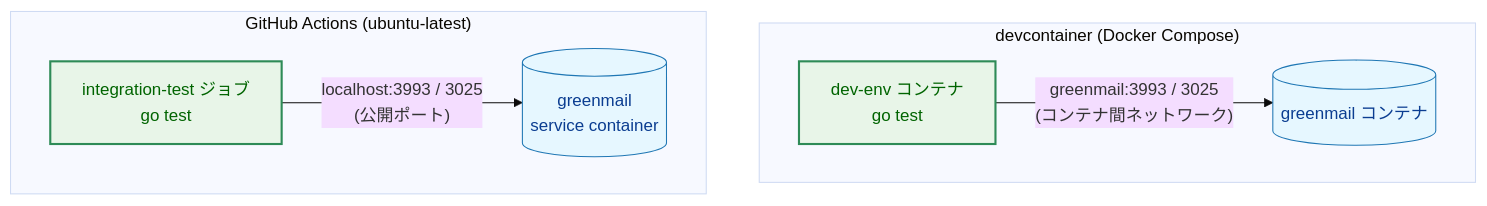
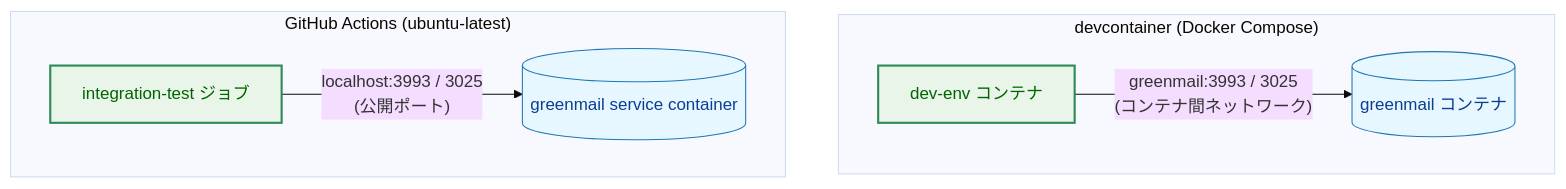
Before and after one commit to isseis/tlsrpt-digest: the fifth of 14 diagrams in docs/tasks/0090_imap_integration/02_architecture.md, drawn with Mermaid (base theme). The commit also changed other lines of this file, not shown here.

First line of the commit message:
docs(task 0090): refine architecture doc based on review feedback

````diff
--- a/docs/tasks/0090_imap_integration/02_architecture.md
+++ b/docs/tasks/0090_imap_integration/02_architecture.md
@@ -127,17 +127,17 @@
 ```mermaid
 flowchart TB
     classDef data fill:#e6f7ff,stroke:#1f77b4,stroke-width:1px,color:#0b3d91;
     classDef process fill:#fff1e6,stroke:#ff7f0e,stroke-width:1px,color:#8a3e00;
     classDef enhanced fill:#e8f5e8,stroke:#2e8b57,stroke-width:2px,color:#006400;
 
     subgraph devcontainer ["devcontainer (Docker Compose)"]
-        DEV["dev-env コンテナ<br>go test"] -->|"greenmail:3993 / 3025<br>(コンテナ間ネットワーク)"| GMD[("greenmail コンテナ")]
+        DEV["dev-env コンテナ"] -->|"greenmail:3993 / 3025<br>(コンテナ間ネットワーク)"| GMD[("greenmail コンテナ")]
     end
 
     subgraph actions ["GitHub Actions (ubuntu-latest)"]
-        JOB["integration-test ジョブ<br>go test"] -->|"localhost:3993 / 3025<br>(公開ポート)"| GMA[("greenmail<br>service container")]
+        JOB["integration-test ジョブ"] -->|"localhost:3993 / 3025<br>(公開ポート)"| GMA[("greenmail service container")]
     end
 
     class GMD,GMA data
     class DEV,JOB enhanced
 ```
````
